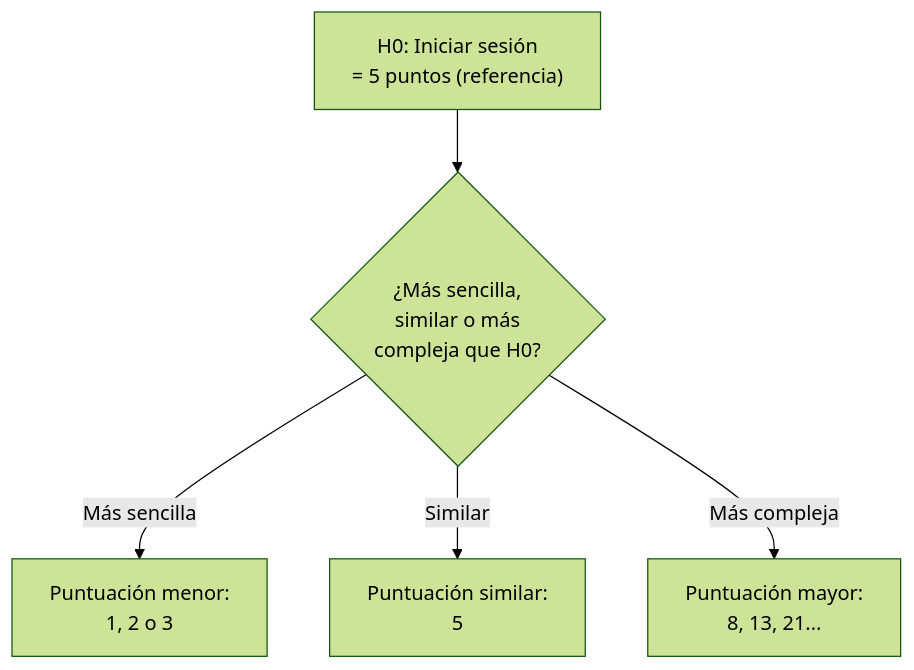
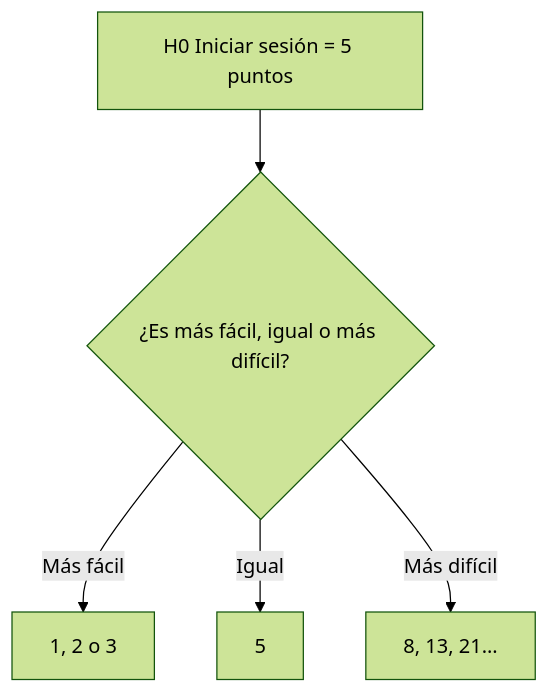
One commit to raulmoder2000-droid/CD_Tema2_Ejercicios changed the second of 3 diagrams in 0105.md. Above: the diagram before and after it, drawn with Mermaid (forest theme). The commit also changed other lines of this file, not shown here.

````diff
--- a/0105.md
+++ b/0105.md
@@ -97,7 +83,7 @@
 ```mermaid
 flowchart TD
-    A["H0: Iniciar sesión<br>= 5 puntos (referencia)"] --> B{"¿Más sencilla,<br>similar o más<br>compleja que H0?"}
-    B -- Más sencilla --> C["Puntuación menor:<br>1, 2 o 3"]
-    B -- Similar --> D["Puntuación similar:<br>5"]
-    B -- Más compleja --> E["Puntuación mayor:<br>8, 13, 21..."]
+    A[H0 Iniciar sesión = 5 puntos] --> B{¿Es más fácil, igual o más difícil?}
+    B -- Más fácil --> C[1, 2 o 3]
+    B -- Igual --> D[5]
+    B -- Más difícil --> E[8, 13, 21...]
 ```
````
